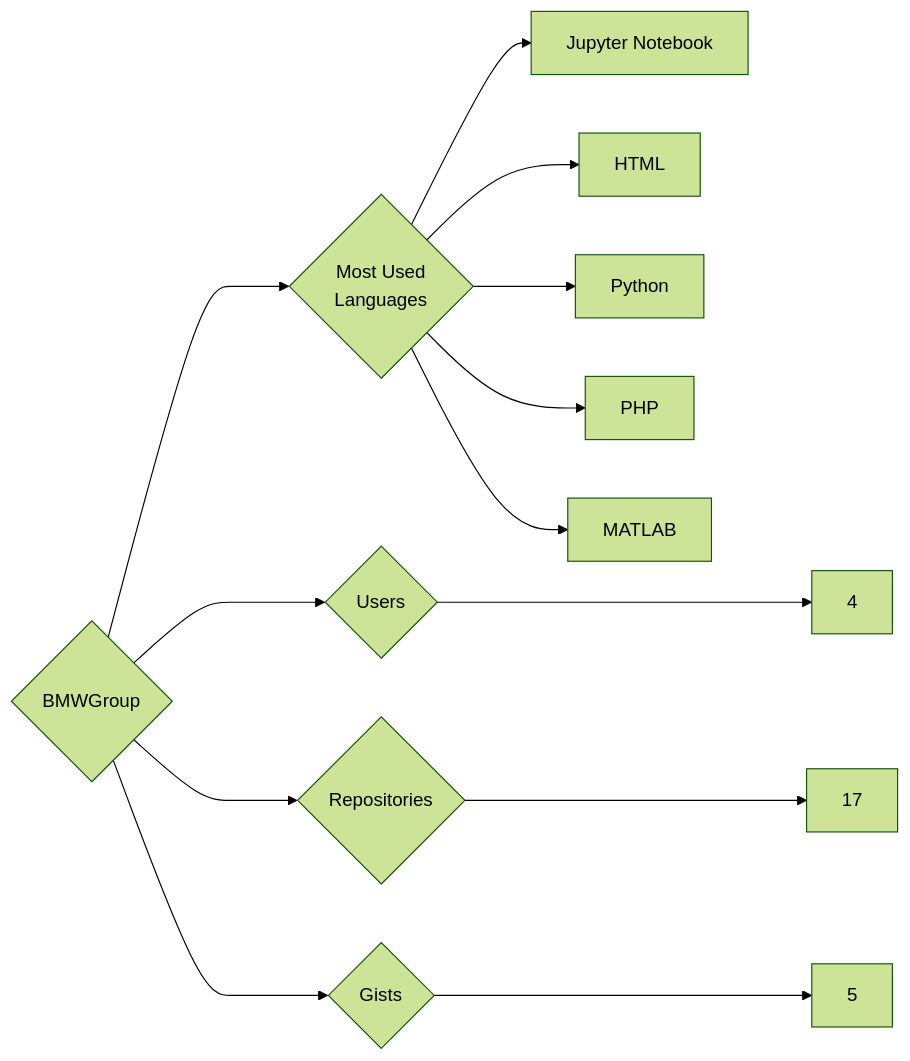
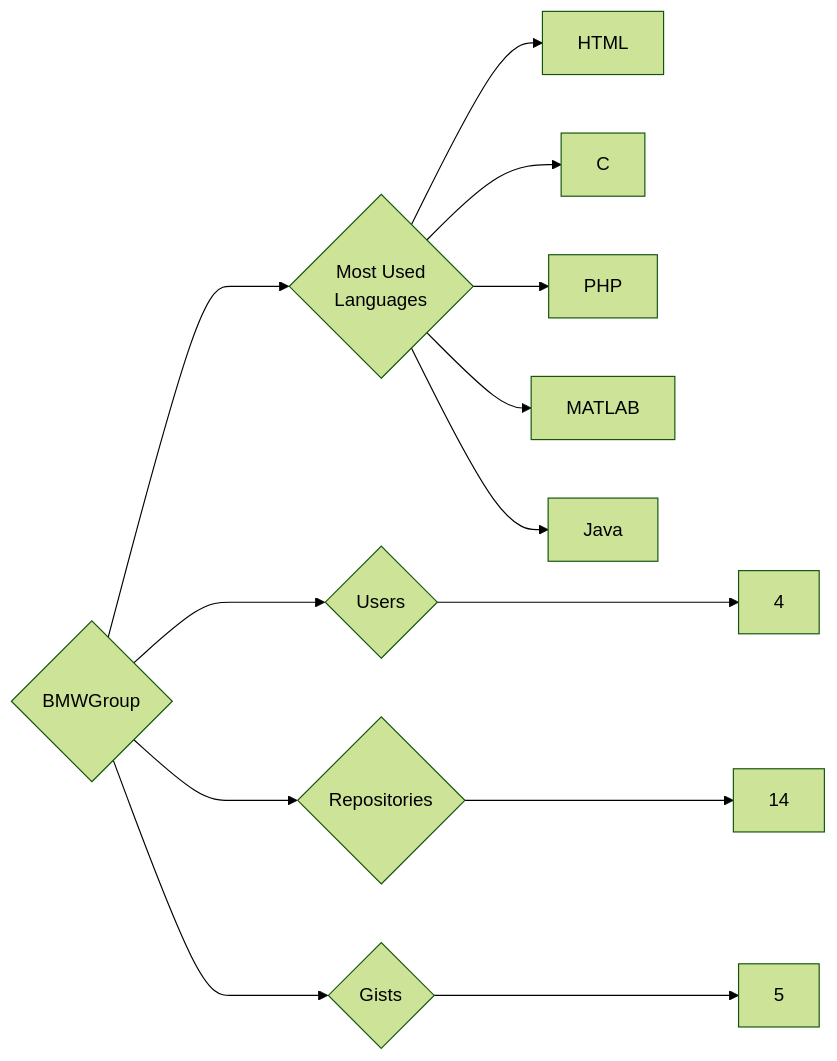
The diagram in targets/BMWGroup/README.md (trickest/insiders), drawn with Mermaid (forest theme) before and after one commit. The commit also changed 912 other files, not shown here.

````diff
--- a/targets/BMWGroup/README.md
+++ b/targets/BMWGroup/README.md
@@ -3,13 +3,13 @@
 ```mermaid
 graph LR
 COMPANY_NAME{BMWGroup}
 COMPANY_NAME ---> U{Users} ---> UN[4]
-COMPANY_NAME ---> R{Repositories} ---> RN[17]
+COMPANY_NAME ---> R{Repositories} ---> RN[14]
 COMPANY_NAME ---> G{Gists} ---> GN[5]
 COMPANY_NAME ---> ML{Most Used<br>Languages}
-ML --> Jupyter_Notebook[Jupyter Notebook]
 ML --> HTML[HTML]
-ML --> Python[Python]
+ML --> C[C]
 ML --> PHP[PHP]
 ML --> MATLAB[MATLAB]
+ML --> Java[Java]
 ```
````
